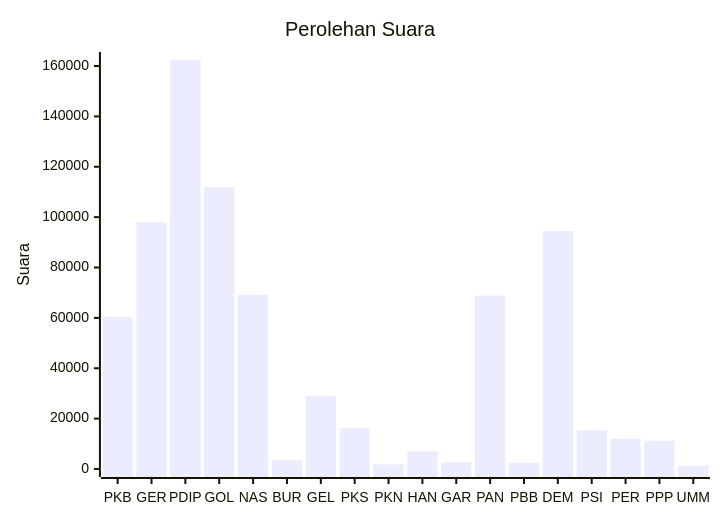
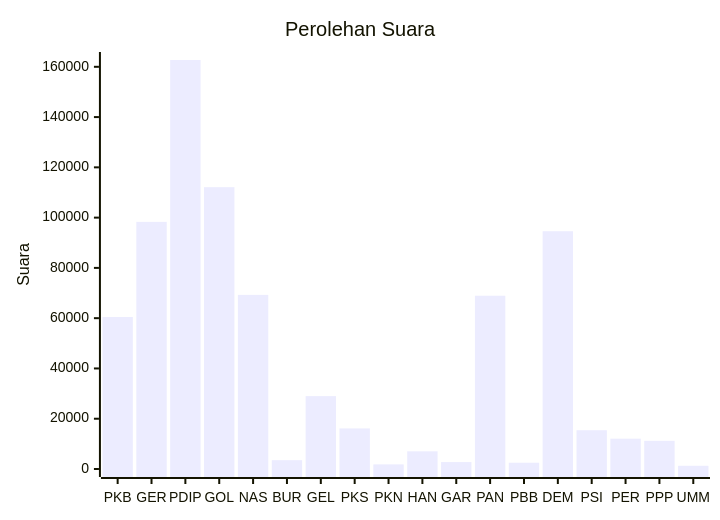
Before and after one commit to gigit-pemilu/pemilu-2024: the diagram in pileg-dpr/hitung-suara/sub/table-wilayah-62.md, drawn with Mermaid. The commit also changed other lines of this file and 23 other files, not shown here.

````diff
--- a/pileg-dpr/hitung-suara/sub/table-wilayah-62.md
+++ b/pileg-dpr/hitung-suara/sub/table-wilayah-62.md
@@ -7,7 +7,7 @@
 ```mermaid
 xychart-beta
     title "Perolehan Suara"
     x-axis [PKB, GER, PDIP, GOL, NAS, BUR, GEL, PKS, PKN, HAN, GAR, PAN, PBB, DEM, PSI, PER, PPP, UMM]
-    y-axis "Suara" 0 --> 162394
-    bar [60415, 98100, 162394, 111931, 69160, 3502, 28988, 16123, 1829, 6974, 2744, 68864, 2482, 94499, 15403, 12057, 11198, 1270]
+    y-axis "Suara" 0 --> 162706
+    bar [60468, 98317, 162706, 112121, 69269, 3504, 28993, 16144, 1832, 7040, 2751, 68933, 2486, 94580, 15420, 12071, 11211, 1273]
 ```
````
